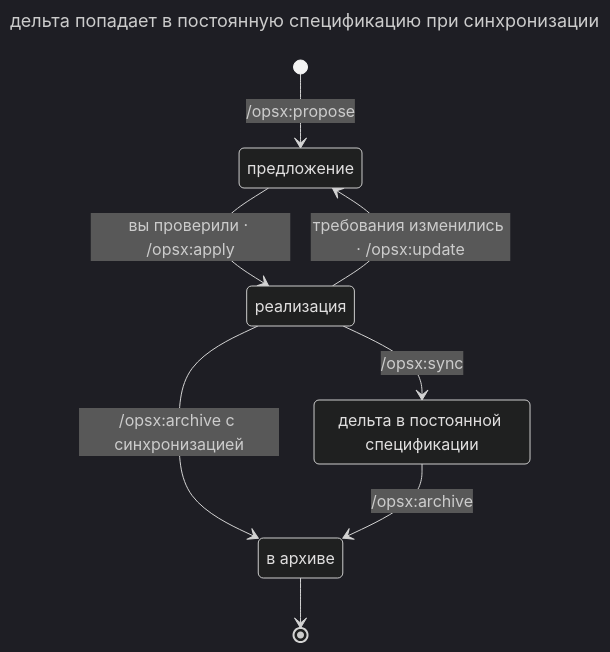
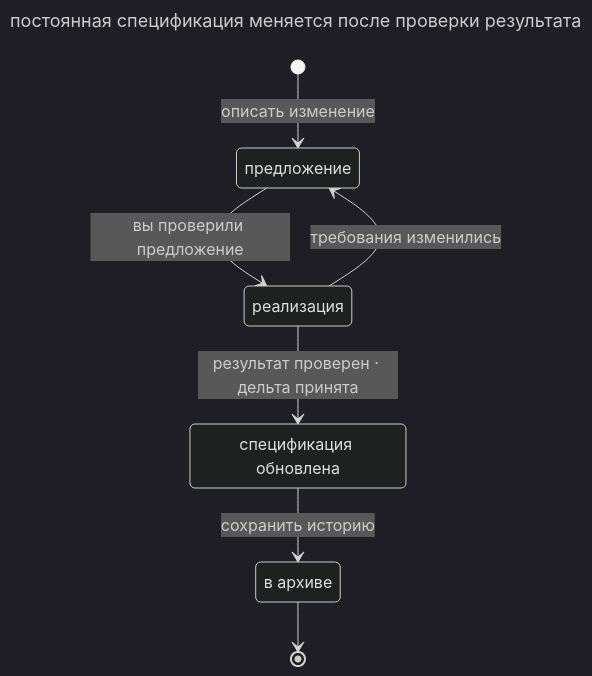
Before and after one commit to mokevnin/agentic-coding-design-patterns: the diagram in book/ru/openspec.md, drawn with Mermaid (dark theme). The commit also changed other lines of this file and 52 other files, not shown here.

````diff
--- a/book/ru/openspec.md
+++ b/book/ru/openspec.md
@@ -46,19 +28,18 @@
 ```mermaid
 ---
-title: дельта попадает в постоянную спецификацию при синхронизации
+title: постоянная спецификация меняется после проверки результата
 ---
 stateDiagram-v2
   direction TB
   state "предложение" as proposed
   state "реализация" as applying
-  state "дельта в постоянной спецификации" as synced
+  state "спецификация обновлена" as synced
   state "в архиве" as archived
   class synced accent
-  [*] --> proposed: /opsx:propose
-  proposed --> applying: вы проверили · /opsx:apply
-  applying --> proposed: требования изменились · /opsx:update
-  applying --> synced: /opsx:sync
-  applying --> archived: /opsx:archive с синхронизацией
-  synced --> archived: /opsx:archive
+  [*] --> proposed: описать изменение
+  proposed --> applying: вы проверили предложение
+  applying --> proposed: требования изменились
+  applying --> synced: результат проверен · дельта принята
+  synced --> archived: сохранить историю
   archived --> [*]
 ```
````
